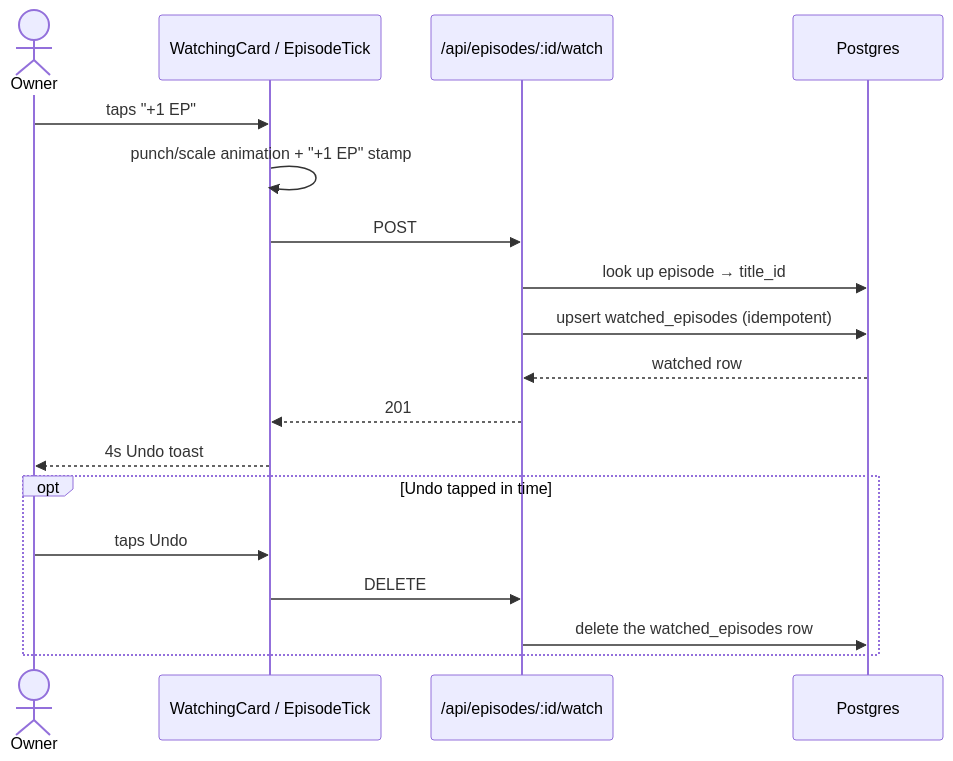
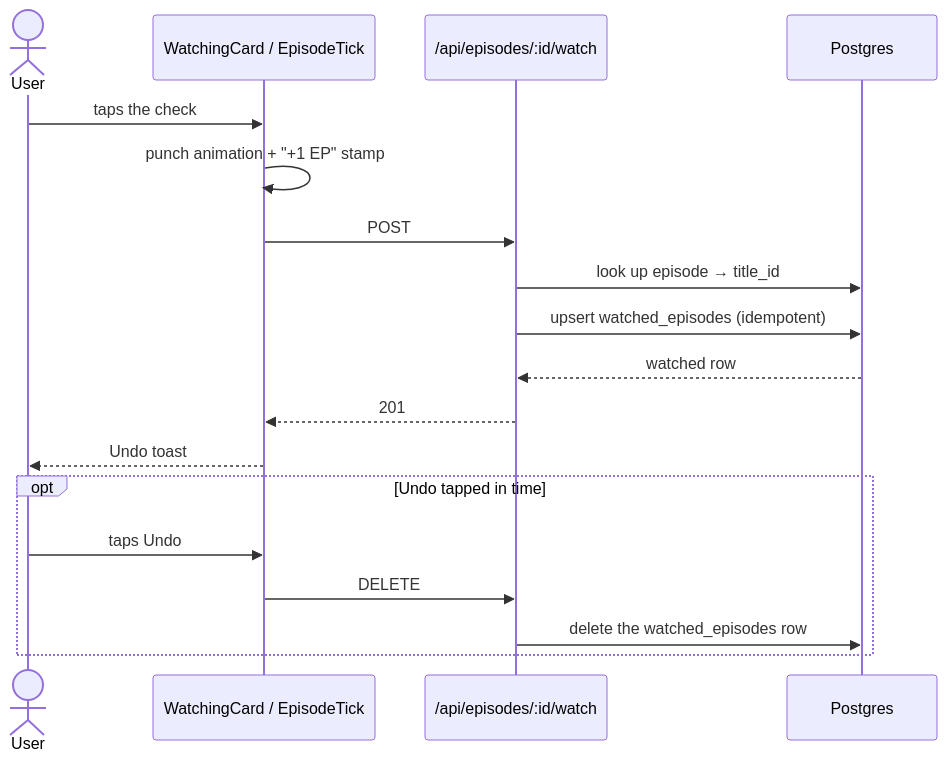
One commit to anshu-ravi/tv-tracker changed the sixth of 8 diagrams in README.md. Above: the diagram before and after it, drawn with Mermaid. The commit also changed other lines of this file and 11 other files, not shown here.

````diff
--- a/README.md
+++ b/README.md
@@ -370,21 +375,21 @@
 ```mermaid
 sequenceDiagram
-    actor U as Owner
+    actor U as User
     participant Card as WatchingCard / EpisodeTick
     participant API as /api/episodes/:id/watch
     participant DB as Postgres
 
-    U->>Card: taps "+1 EP"
-    Card->>Card: punch/scale animation + "+1 EP" stamp
+    U->>Card: taps the check
+    Card->>Card: punch animation + "+1 EP" stamp
     Card->>API: POST
     API->>DB: look up episode → title_id
     API->>DB: upsert watched_episodes (idempotent)
     DB-->>API: watched row
     API-->>Card: 201
-    Card-->>U: 4s Undo toast
+    Card-->>U: Undo toast
     opt Undo tapped in time
         U->>Card: taps Undo
         Card->>API: DELETE
         API->>DB: delete the watched_episodes row
     end
 ```
````
